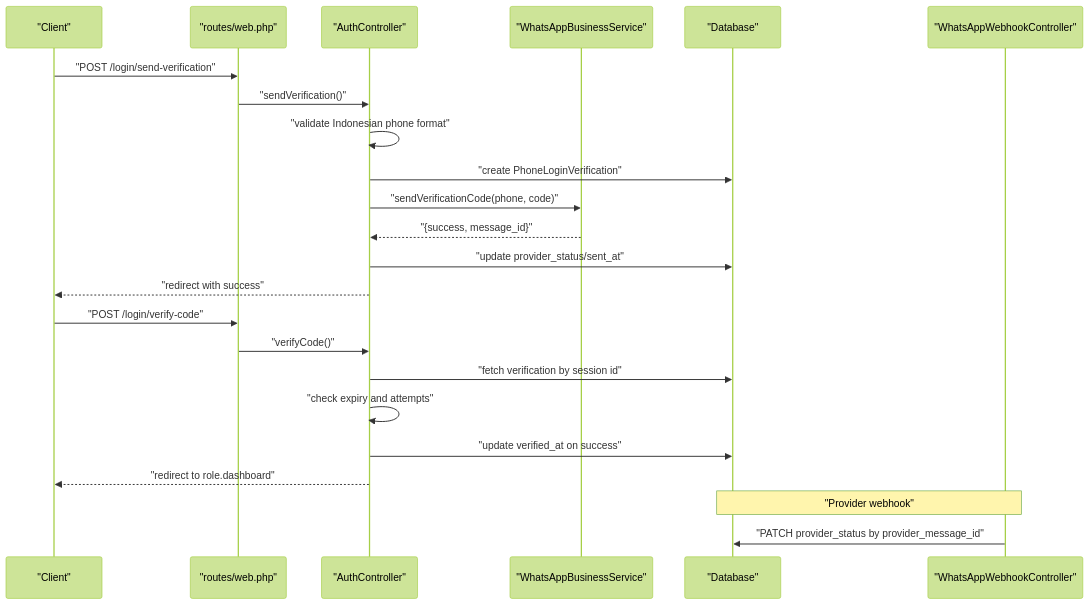
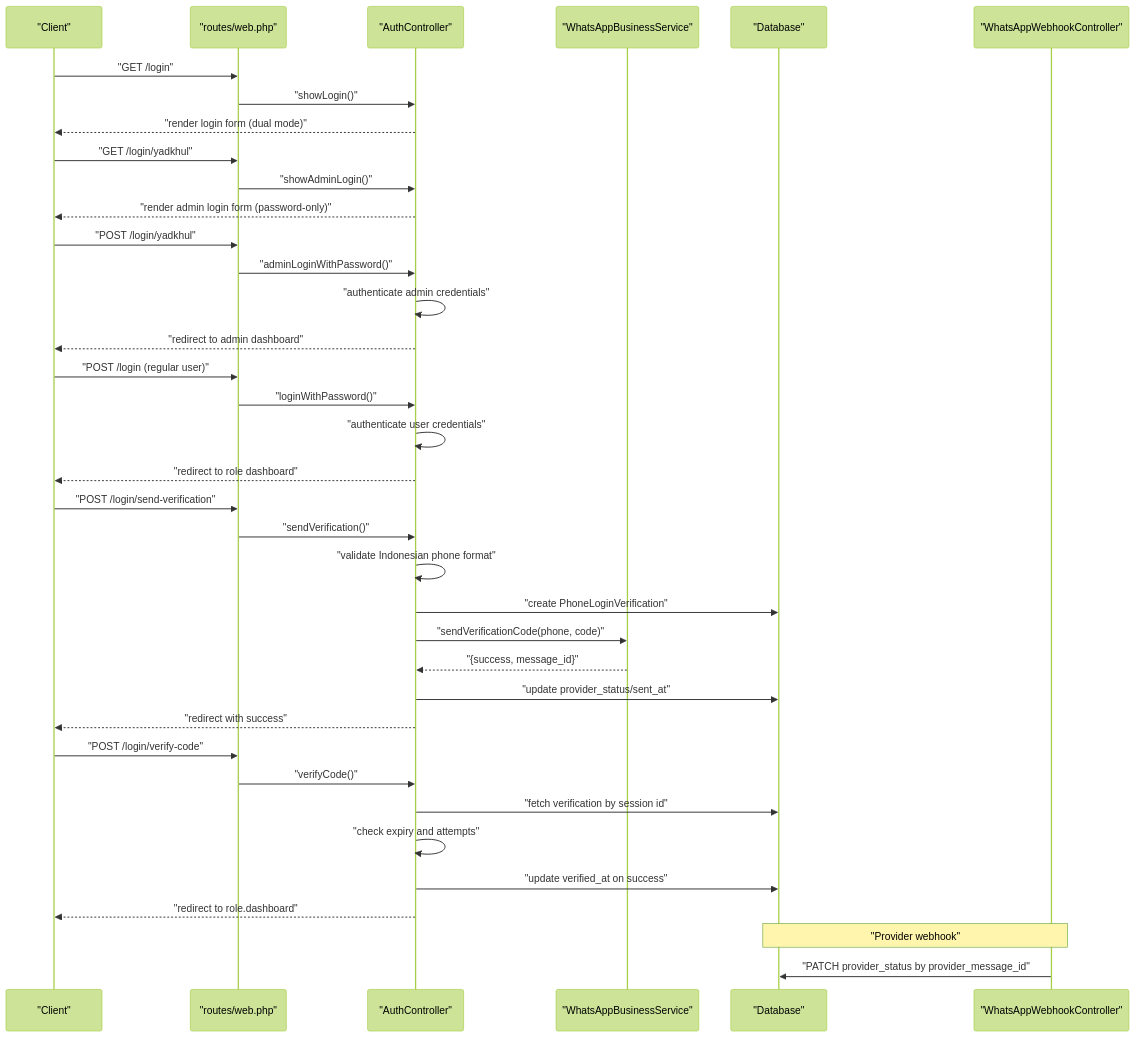
The second of 3 diagrams in .qoder/repowiki/en/content/API Documentation/Authentication API.md (rudicatsmile/assesment360), drawn with Mermaid (forest theme) before and after one commit. The commit also changed other lines of this file and 3 other files, not shown here.

First line of the commit message:
feat(auth): add admin password-only login with role-based access control

````diff
--- a/.qoder/repowiki/en/content/API Documentation/Authentication API.md
+++ b/.qoder/repowiki/en/content/API Documentation/Authentication API.md
@@ -138,25 +167,39 @@
 ```mermaid
 sequenceDiagram
 participant C as "Client"
 participant R as "routes/web.php"
 participant AC as "AuthController"
 participant WBS as "WhatsAppBusinessService"
 participant DB as "Database"
 participant WH as "WhatsAppWebhookController"
+C->>R : "GET /login"
+R->>AC : "showLogin()"
+AC-->>C : "render login form (dual mode)"
+C->>R : "GET /login/yadkhul"
+R->>AC : "showAdminLogin()"
+AC-->>C : "render admin login form (password-only)"
+C->>R : "POST /login/yadkhul"
+R->>AC : "adminLoginWithPassword()"
+AC->>AC : "authenticate admin credentials"
+AC-->>C : "redirect to admin dashboard"
+C->>R : "POST /login (regular user)"
+R->>AC : "loginWithPassword()"
+AC->>AC : "authenticate user credentials"
+AC-->>C : "redirect to role dashboard"
 C->>R : "POST /login/send-verification"
 R->>AC : "sendVerification()"
 AC->>AC : "validate Indonesian phone format"
 AC->>DB : "create PhoneLoginVerification"
 AC->>WBS : "sendVerificationCode(phone, code)"
 WBS-->>AC : "{success, message_id}"
 AC->>DB : "update provider_status/sent_at"
 AC-->>C : "redirect with success"
 C->>R : "POST /login/verify-code"
 R->>AC : "verifyCode()"
 AC->>DB : "fetch verification by session id"
 AC->>AC : "check expiry and attempts"
 AC->>DB : "update verified_at on success"
 AC-->>C : "redirect to role.dashboard"
 Note over WH,DB : "Provider webhook"
 WH->>DB : "PATCH provider_status by provider_message_id"
 ```
````
